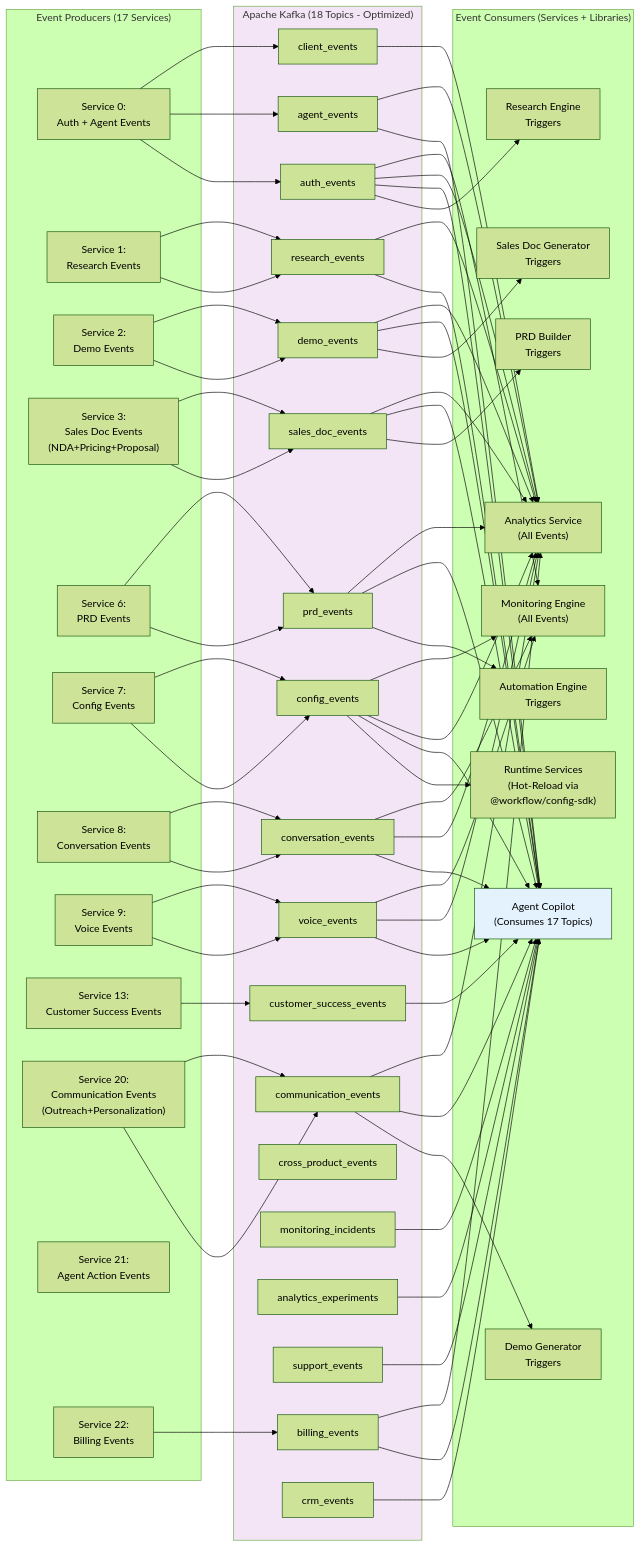
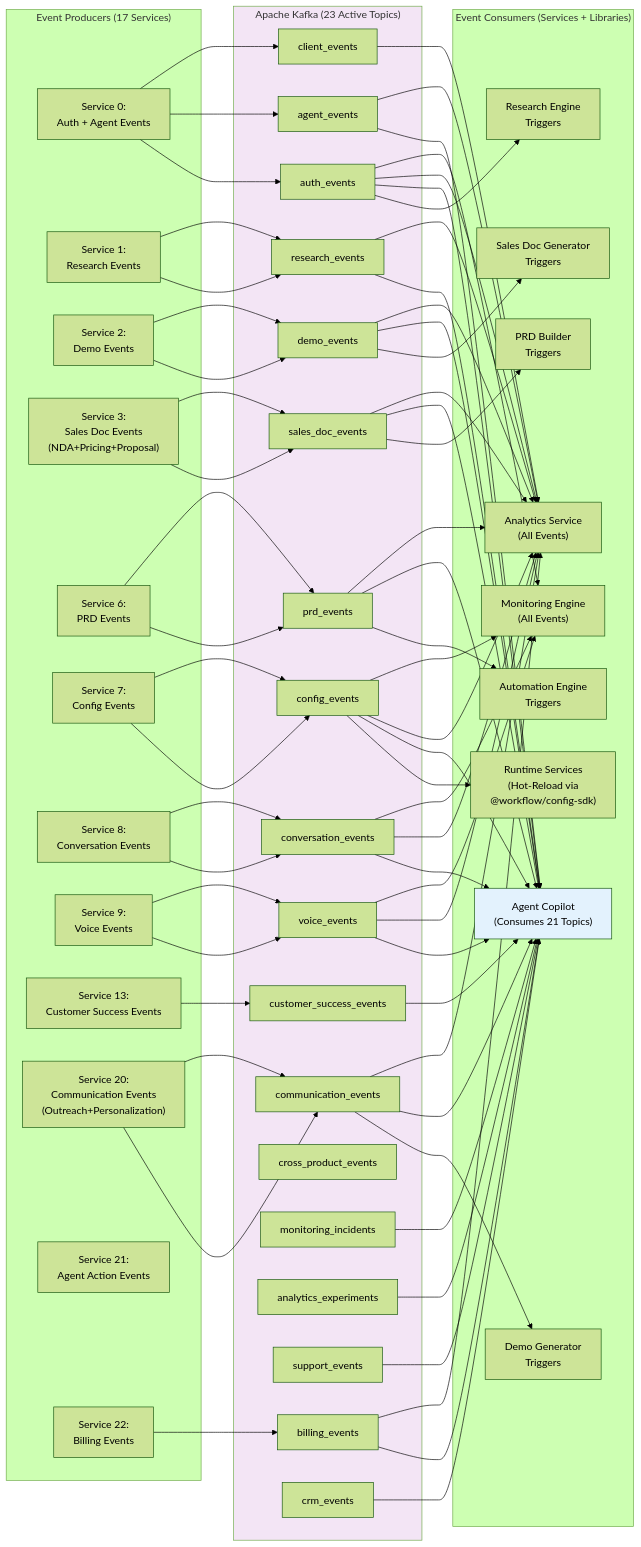
Diagram 13 of 14 in docs/workflows/WORKFLOW_DIAGRAMS.md (pupiltree/workflow-automation), drawn with Mermaid (forest theme) before and after one commit. The commit also changed other lines of this file and 9 other files, not shown here.

```diff
--- a/docs/workflows/WORKFLOW_DIAGRAMS.md
+++ b/docs/workflows/WORKFLOW_DIAGRAMS.md
@@ -700,7 +700,7 @@
         S22["Service 22:<br/>Billing Events"]
     end
 
-    subgraph Kafka["Apache Kafka (18 Topics - Optimized)"]
+    subgraph Kafka["Apache Kafka (23 Active Topics)"]
         T1["auth_events"]
         T2["agent_events"]
         T3["research_events"]
@@ -728,7 +728,7 @@
         C_PRD["PRD Builder<br/>Triggers"]
         C_Auto["Automation Engine<br/>Triggers"]
         C_Runtime["Runtime Services<br/>(Hot-Reload via<br/>@workflow/config-sdk)"]
-        C_Copilot["Agent Copilot<br/>(Consumes 17 Topics)"]
+        C_Copilot["Agent Copilot<br/>(Consumes 21 Topics)"]
         C_Analytics["Analytics Service<br/>(All Events)"]
         C_Monitor["Monitoring Engine<br/>(All Events)"]
     end
```
